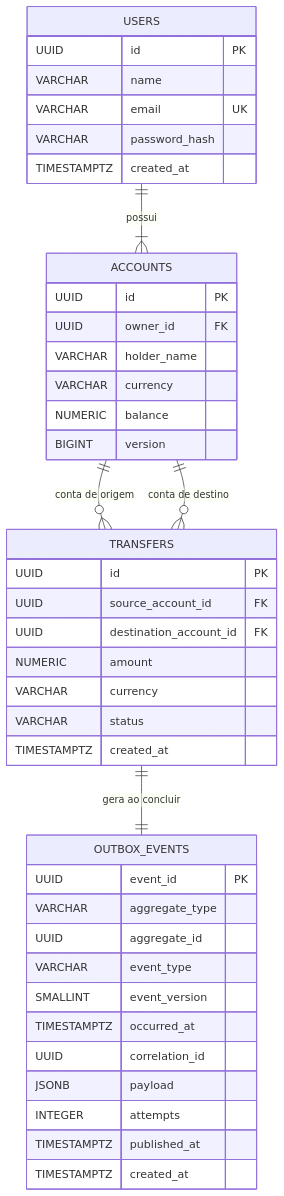
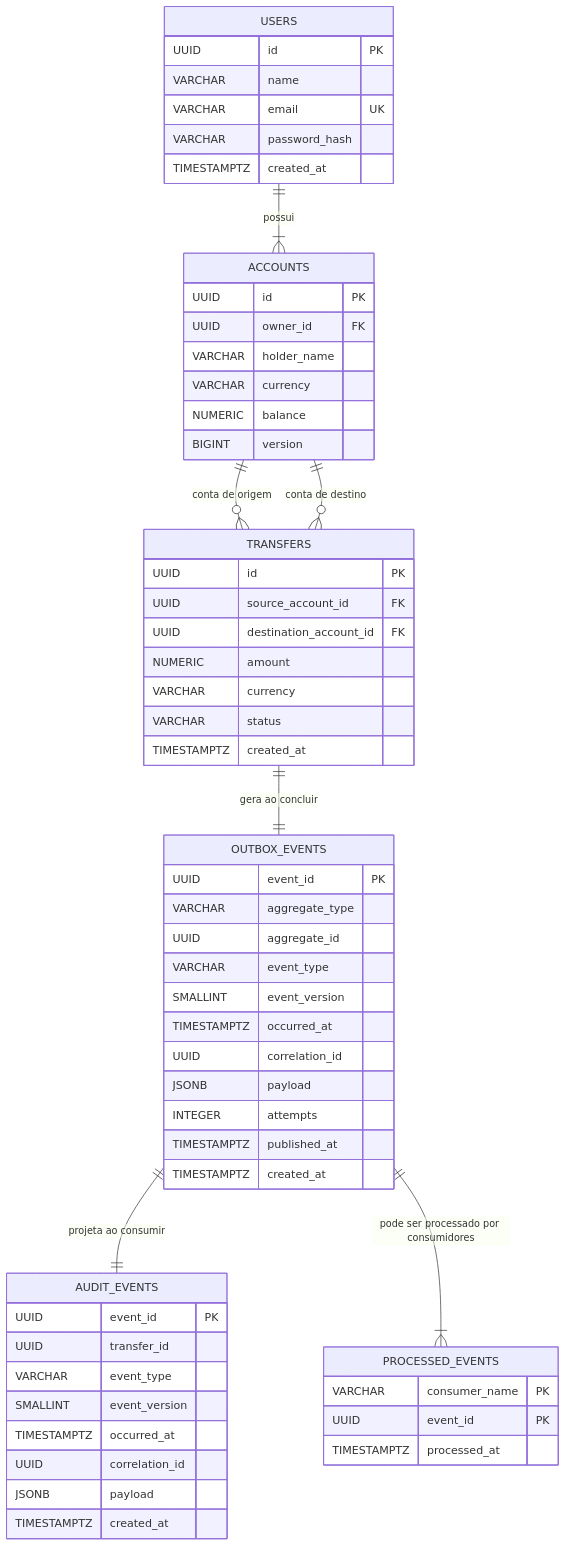
One commit to WilliamRochaJR/pay-flow changed the second of 3 diagrams in docs/domain-model.md. Above: the diagram before and after it, drawn with Mermaid. The commit also changed other lines of this file and 13 other files, not shown here.

Commit message:
feat(events): add deduplicated audit consumer

````diff
--- a/docs/domain-model.md
+++ b/docs/domain-model.md
@@ -181,48 +197,67 @@
 ```mermaid
 erDiagram
     USERS ||--|{ ACCOUNTS : possui
     ACCOUNTS ||--o{ TRANSFERS : "conta de origem"
     ACCOUNTS ||--o{ TRANSFERS : "conta de destino"
     TRANSFERS ||--|| OUTBOX_EVENTS : "gera ao concluir"
+    OUTBOX_EVENTS ||--|| AUDIT_EVENTS : "projeta ao consumir"
+    OUTBOX_EVENTS ||--|{ PROCESSED_EVENTS : "pode ser processado por consumidores"
 
     ACCOUNTS {
         UUID id PK
         UUID owner_id FK
         VARCHAR holder_name
         VARCHAR currency
         NUMERIC balance
         BIGINT version
     }
 
     USERS {
         UUID id PK
         VARCHAR name
         VARCHAR email UK
         VARCHAR password_hash
         TIMESTAMPTZ created_at
     }
 
     TRANSFERS {
         UUID id PK
         UUID source_account_id FK
         UUID destination_account_id FK
         NUMERIC amount
         VARCHAR currency
         VARCHAR status
         TIMESTAMPTZ created_at
     }
 
     OUTBOX_EVENTS {
         UUID event_id PK
         VARCHAR aggregate_type
         UUID aggregate_id
         VARCHAR event_type
         SMALLINT event_version
         TIMESTAMPTZ occurred_at
         UUID correlation_id
         JSONB payload
         INTEGER attempts
         TIMESTAMPTZ published_at
         TIMESTAMPTZ created_at
     }
+
+    PROCESSED_EVENTS {
+        VARCHAR consumer_name PK
+        UUID event_id PK
+        TIMESTAMPTZ processed_at
+    }
+
+    AUDIT_EVENTS {
+        UUID event_id PK
+        UUID transfer_id
+        VARCHAR event_type
+        SMALLINT event_version
+        TIMESTAMPTZ occurred_at
+        UUID correlation_id
+        JSONB payload
+        TIMESTAMPTZ created_at
+    }
 ```
````
